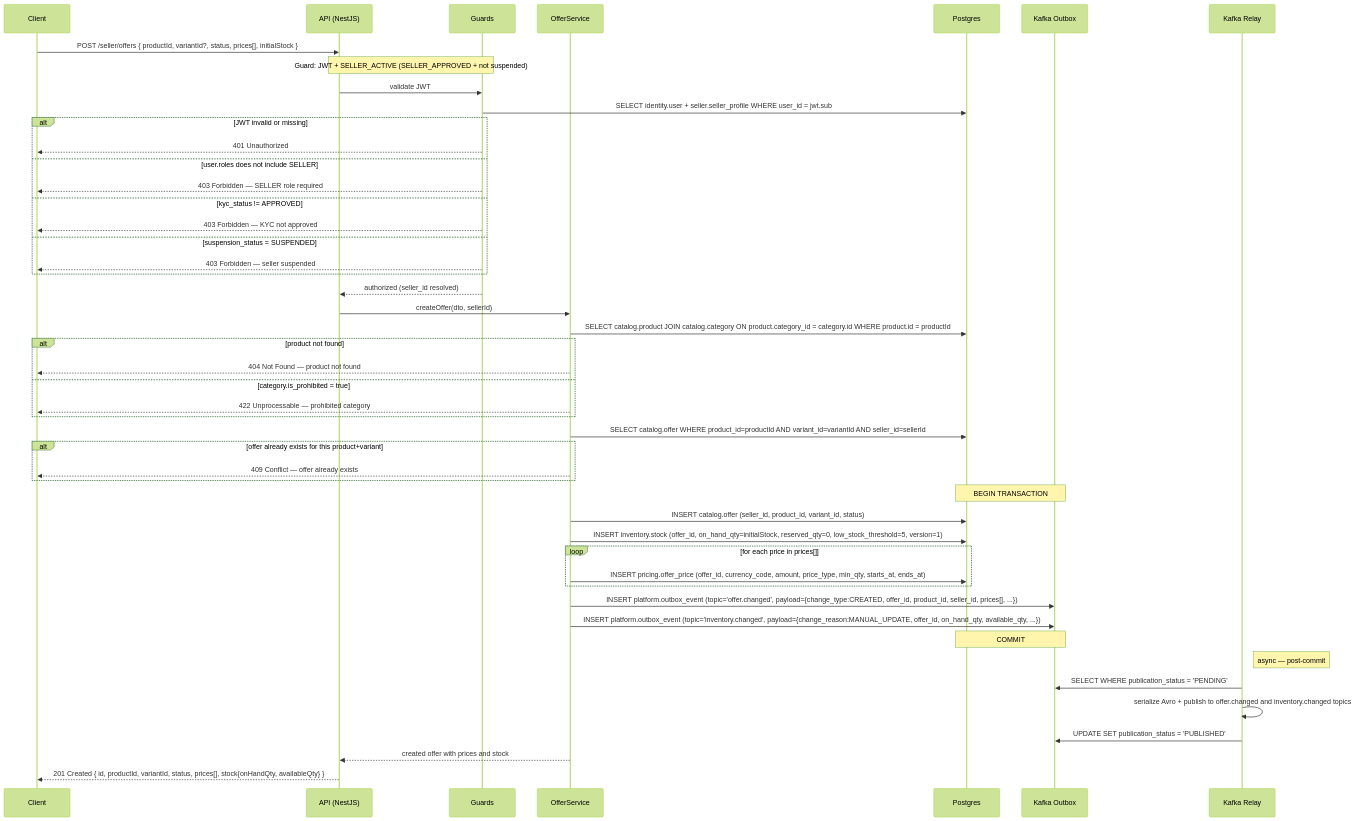
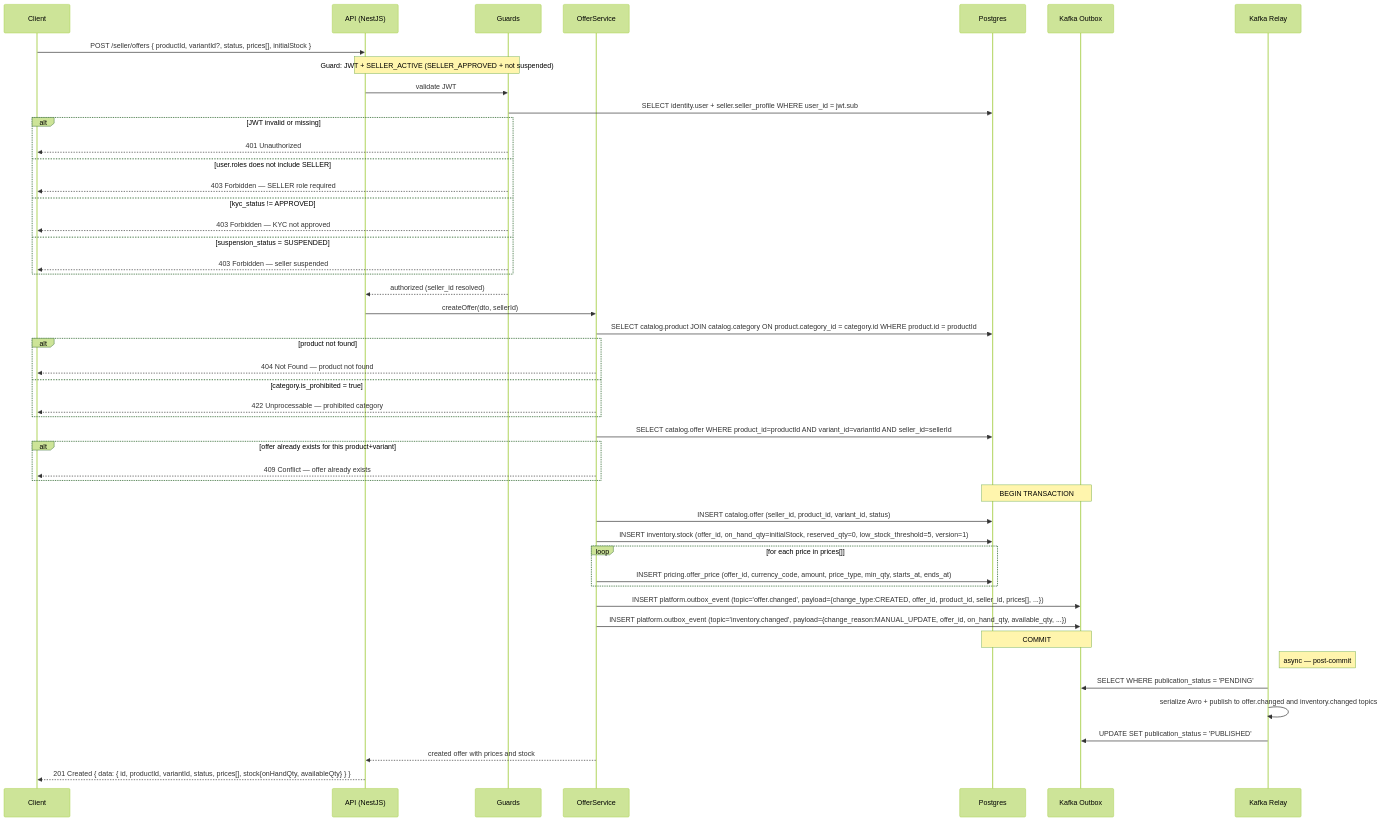
One commit to alisa-uthi/aliceut-ecom-document changed the sixth of 21 diagrams in phase-1/technical-design/api-design/seller.md. Above: the diagram before and after it, drawn with Mermaid (forest theme). The commit also changed other lines of this file and 22 other files, not shown here.

````diff
--- a/phase-1/technical-design/api-design/seller.md
+++ b/phase-1/technical-design/api-design/seller.md
@@ -418,55 +426,55 @@
 ```mermaid
 sequenceDiagram
     participant C as Client
     participant A as API (NestJS)
     participant G as Guards
     participant OS as OfferService
     participant P as Postgres
     participant KO as Kafka Outbox
     participant KR as Kafka Relay
 
     C->>A: POST /seller/offers { productId, variantId?, status, prices[], initialStock }
     Note over A,G: Guard: JWT + SELLER_ACTIVE (SELLER_APPROVED + not suspended)
     A->>G: validate JWT
     G->>P: SELECT identity.user + seller.seller_profile WHERE user_id = jwt.sub
     alt JWT invalid or missing
         G-->>C: 401 Unauthorized
     else user.roles does not include SELLER
         G-->>C: 403 Forbidden — SELLER role required
     else kyc_status != APPROVED
         G-->>C: 403 Forbidden — KYC not approved
     else suspension_status = SUSPENDED
         G-->>C: 403 Forbidden — seller suspended
     end
     G-->>A: authorized (seller_id resolved)
 
     A->>OS: createOffer(dto, sellerId)
     OS->>P: SELECT catalog.product JOIN catalog.category ON product.category_id = category.id WHERE product.id = productId
     alt product not found
         OS-->>C: 404 Not Found — product not found
     else category.is_prohibited = true
         OS-->>C: 422 Unprocessable — prohibited category
     end
     OS->>P: SELECT catalog.offer WHERE product_id=productId AND variant_id=variantId AND seller_id=sellerId
     alt offer already exists for this product+variant
         OS-->>C: 409 Conflict — offer already exists
     end
 
     Note over P,KO: BEGIN TRANSACTION
     OS->>P: INSERT catalog.offer (seller_id, product_id, variant_id, status)
     OS->>P: INSERT inventory.stock (offer_id, on_hand_qty=initialStock, reserved_qty=0, low_stock_threshold=5, version=1)
     loop for each price in prices[]
         OS->>P: INSERT pricing.offer_price (offer_id, currency_code, amount, price_type, min_qty, starts_at, ends_at)
     end
     OS->>KO: INSERT platform.outbox_event (topic='offer.changed', payload={change_type:CREATED, offer_id, product_id, seller_id, prices[], ...})
     OS->>KO: INSERT platform.outbox_event (topic='inventory.changed', payload={change_reason:MANUAL_UPDATE, offer_id, on_hand_qty, available_qty, ...})
     Note over P,KO: COMMIT
 
     Note right of KR: async — post-commit
     KR->>KO: SELECT WHERE publication_status = 'PENDING'
     KR->>KR: serialize Avro + publish to offer.changed and inventory.changed topics
     KR->>KO: UPDATE SET publication_status = 'PUBLISHED'
 
     OS-->>A: created offer with prices and stock
-    A-->>C: 201 Created { id, productId, variantId, status, prices[], stock{onHandQty, availableQty} }
+    A-->>C: 201 Created { data: { id, productId, variantId, status, prices[], stock{onHandQty, availableQty} } }
 ```
````
